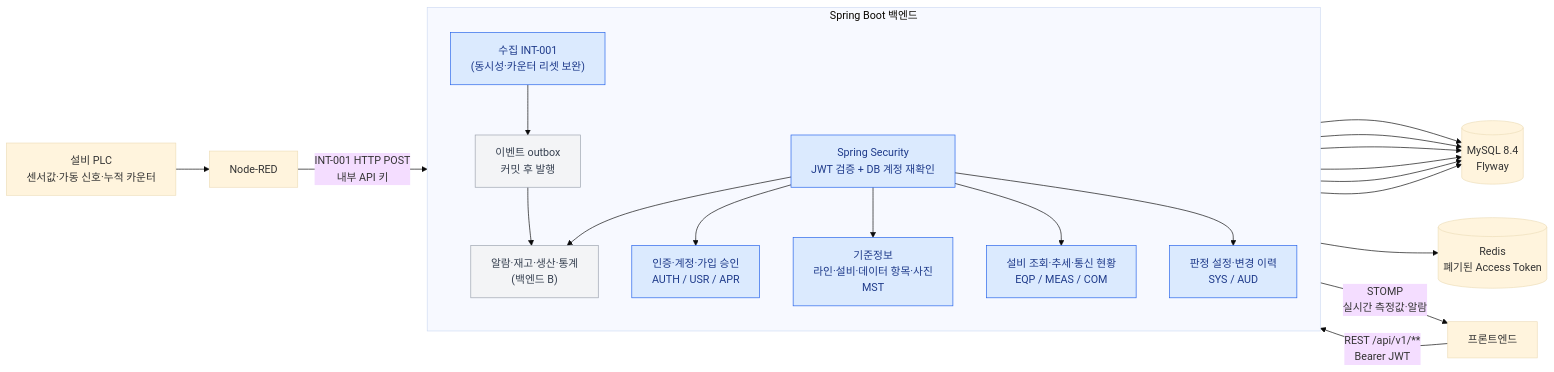
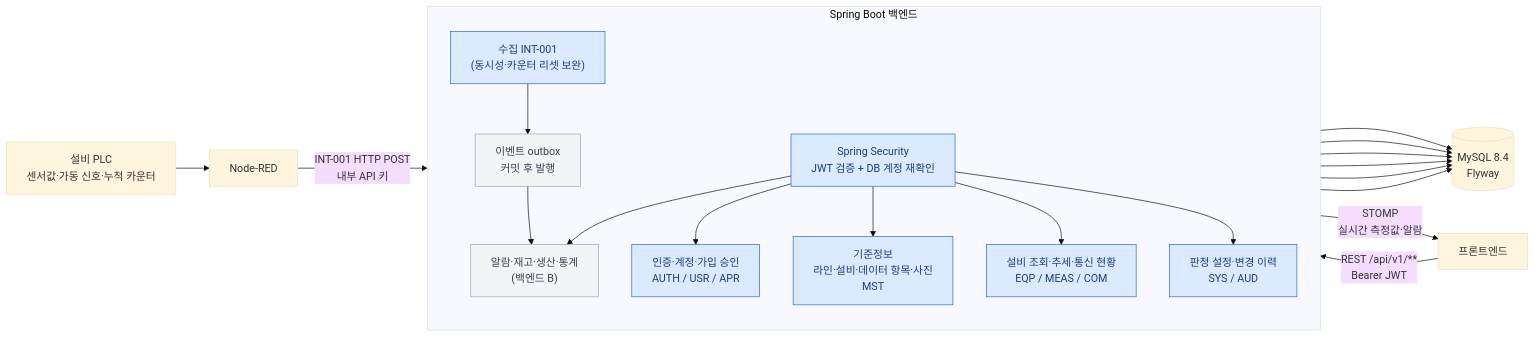
The first of 3 diagrams in README.md (CHDevJ/SFaaS-Backend), drawn with Mermaid (base theme) before and after one commit. The commit also changed other lines of this file, not shown here.

````diff
--- a/README.md
+++ b/README.md
@@ -55,36 +54,35 @@
 ```mermaid
 flowchart LR
     PLC["설비 PLC<br/>센서값·가동 신호·누적 카운터"] --> NR["Node-RED"]
     NR -- "INT-001 HTTP POST<br/>내부 API 키" --> ING
 
     subgraph SB["Spring Boot 백엔드"]
         direction TB
         SEC["Spring Security<br/>JWT 검증 + DB 계정 재확인"]
         ING["수집 INT-001<br/>(동시성·카운터 리셋 보완)"]
         AUTH["인증·계정·가입 승인<br/>AUTH / USR / APR"]
         MST["기준정보<br/>라인·설비·데이터 항목·사진<br/>MST"]
         QRY["설비 조회·추세·통신 현황<br/>EQP / MEAS / COM"]
         SYS["판정 설정·변경 이력<br/>SYS / AUD"]
         ALM["알람·재고·생산·통계<br/>(백엔드 B)"]
         OUT["이벤트 outbox<br/>커밋 후 발행"]
         ING --> OUT
         OUT --> ALM
     end
 
     ING --> DB[("MySQL 8.4<br/>Flyway")]
     AUTH --> DB
     MST --> DB
     QRY --> DB
     SYS --> DB
     ALM --> DB
-    AUTH --> RD[("Redis<br/>폐기된 Access Token")]
 
     FE["프론트엔드"] -- "REST /api/v1/**<br/>Bearer JWT" --> SEC
     SEC --> AUTH & MST & QRY & SYS & ALM
     OUT -- "STOMP<br/>실시간 측정값·알람" --> FE
 
     classDef mine fill:#dbeafe,stroke:#2563eb,color:#1e3a8a
     classDef other fill:#f3f4f6,stroke:#9ca3af,color:#374151
     class SEC,ING,AUTH,MST,QRY,SYS mine
     class ALM,OUT other
 ```
````
